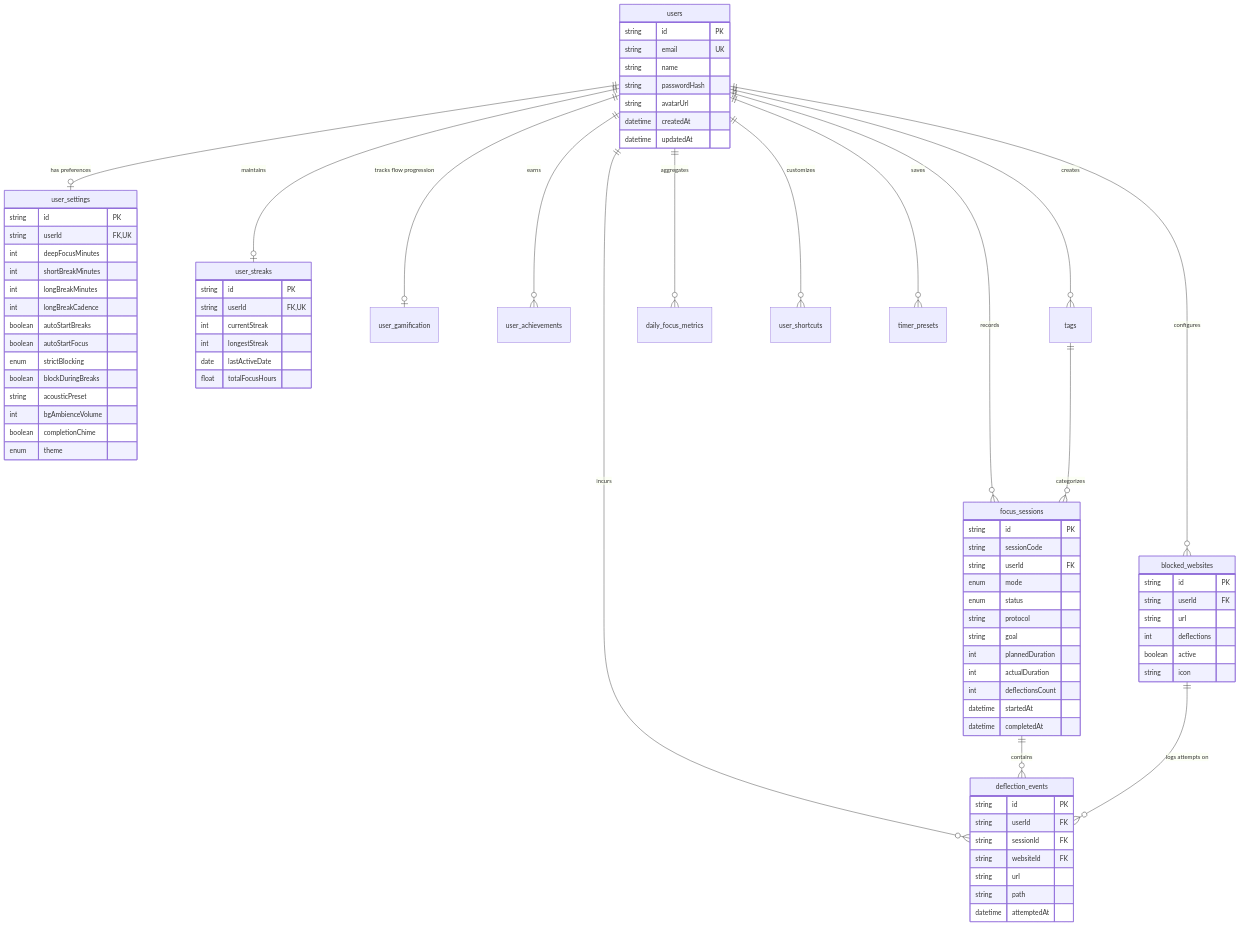
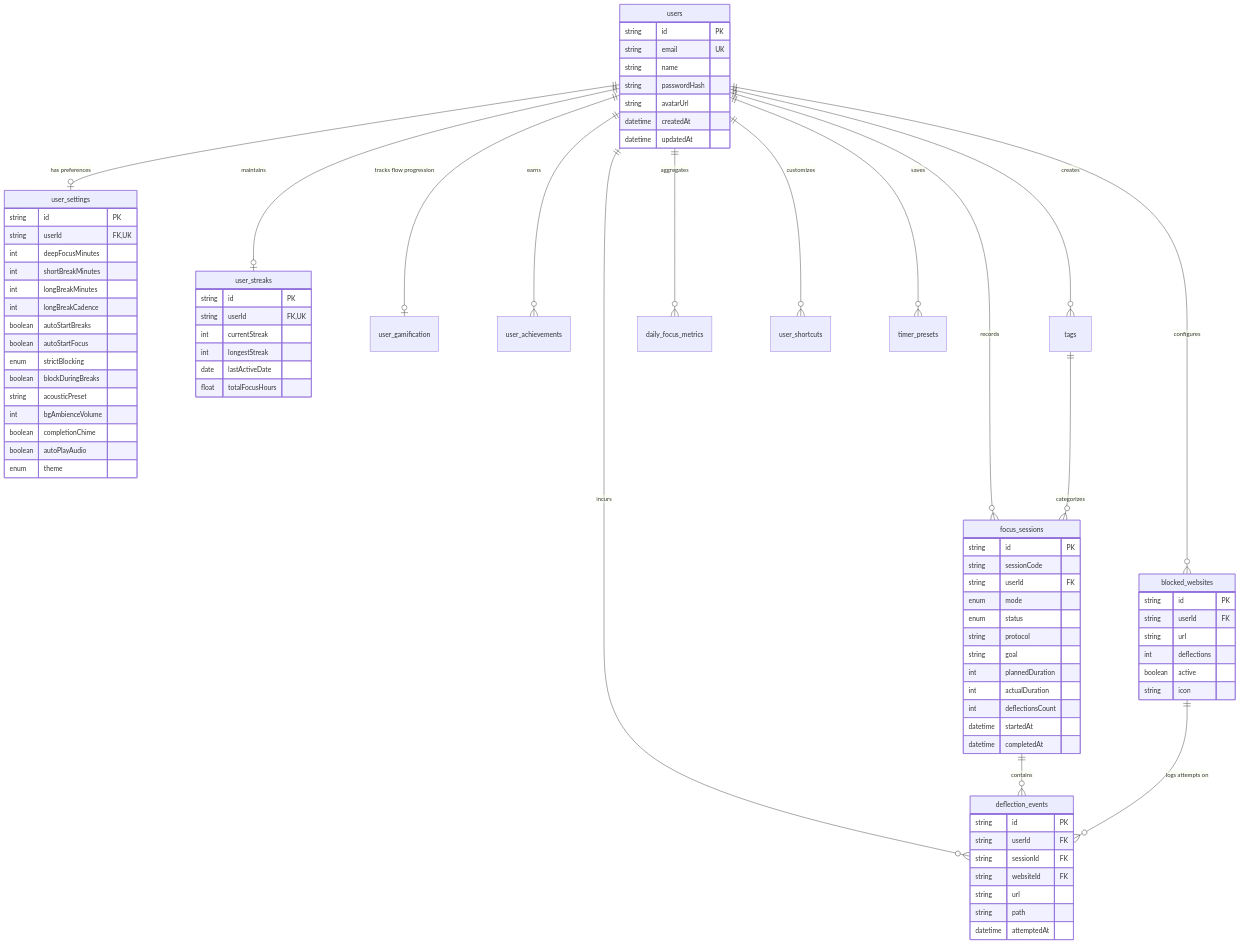
The diagram in docs/database-schema.md (LeoDivine/do-not-disturb), drawn with Mermaid before and after one commit. The commit also changed other lines of this file and 34 other files, not shown here.

```diff
--- a/docs/database-schema.md
+++ b/docs/database-schema.md
@@ -58,6 +58,7 @@
         string acousticPreset
         int bgAmbienceVolume
         boolean completionChime
+        boolean autoPlayAudio
         enum theme
     }
 
```
